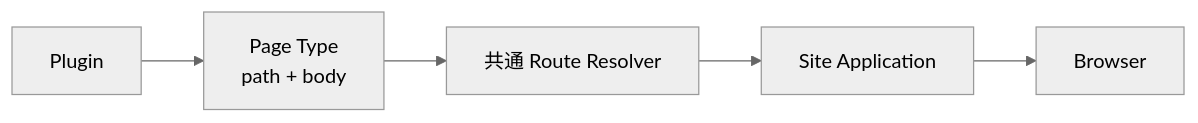
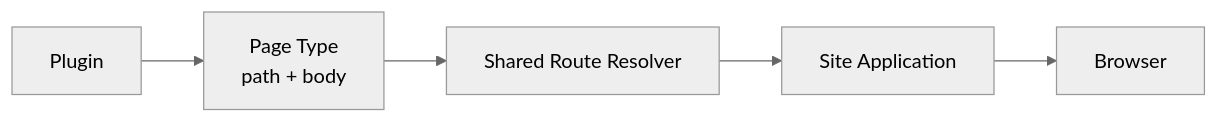
Before and after one commit to Rerurate514/riebeckite: the first of 14 diagrams in docs/docs/framework/page-system.md, drawn with Mermaid (neutral theme). The commit also changed other lines of this file and 604 other files, not shown here.

````diff
--- a/docs/docs/framework/page-system.md
+++ b/docs/docs/framework/page-system.md
@@ -19,13 +20,13 @@
-```mermaid id="l1m0kn"
+```mermaid
 flowchart LR
     Plugin["Plugin"]
     Page["Page Type<br/>path + body"]
-    Resolver["共通 Route Resolver"]
+    Resolver["Shared Route Resolver"]
     Site["Site Application"]
     Browser["Browser"]
 
     Plugin --> Page
     Page --> Resolver
     Resolver --> Site
     Site --> Browser
 ```
````
